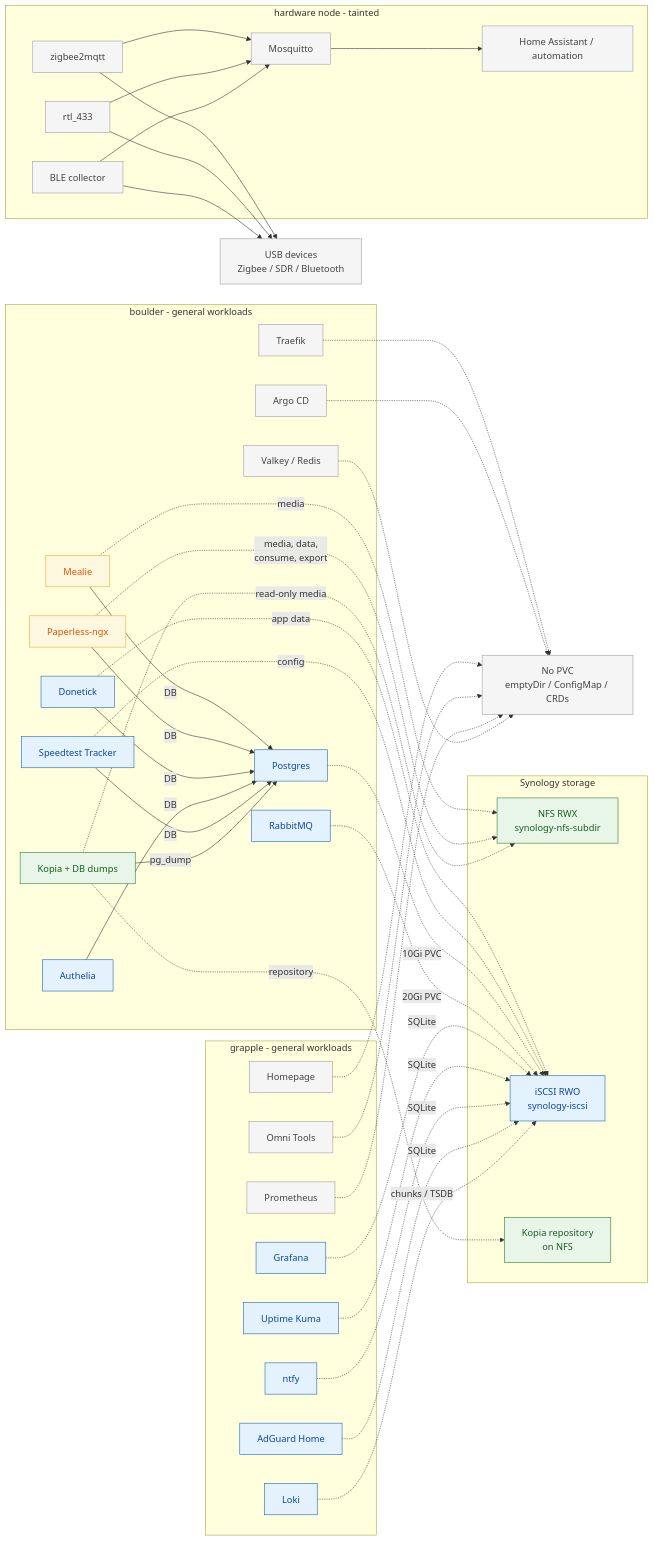
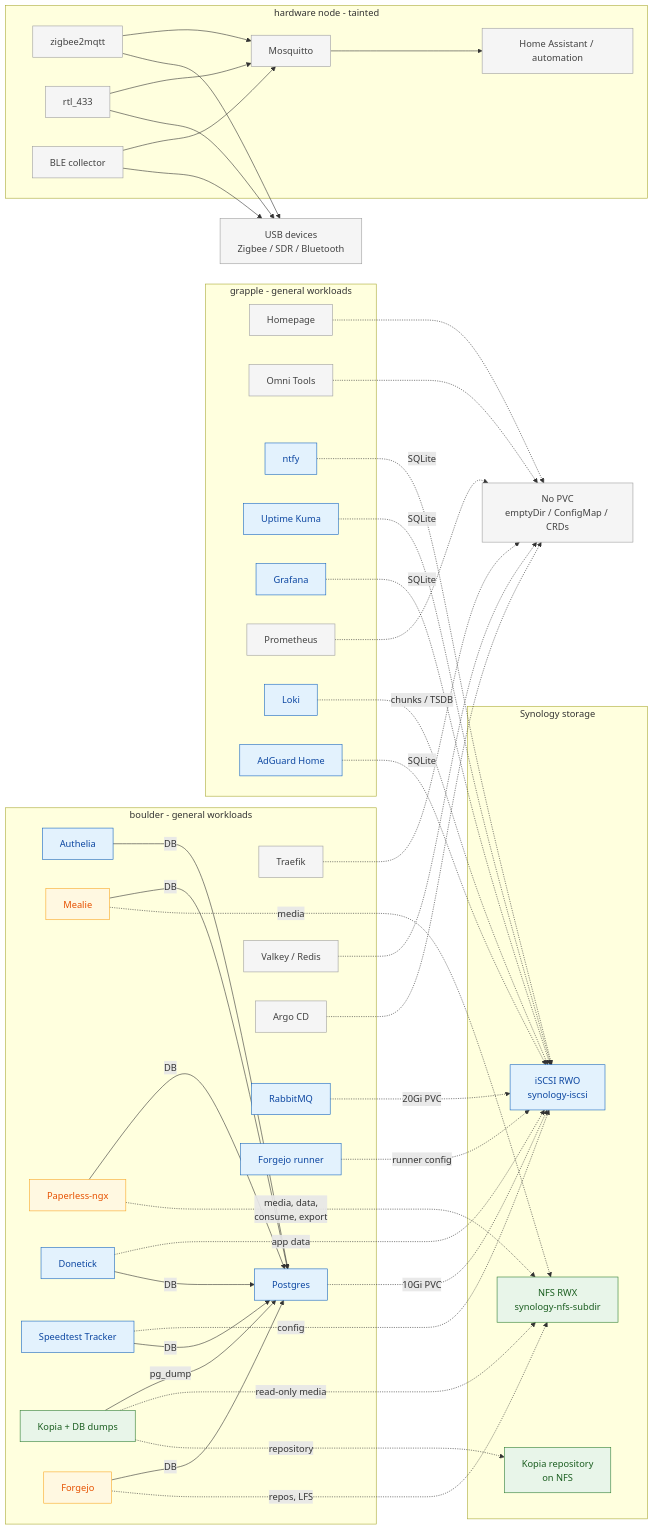
The third of 3 diagrams in ARCHITECTURE.md (kevinlacotaco/manifests), drawn with Mermaid before and after one commit. The commit also changed other lines of this file and 6 other files, not shown here.

````diff
--- a/ARCHITECTURE.md
+++ b/ARCHITECTURE.md
@@ -210,6 +210,8 @@
     ARGO["Argo CD"]
     BACKUP["Kopia + DB dumps"]
     RABBITMQ["RabbitMQ"]
+    FORGEJO["Forgejo"]
+    FORGEJO_RUNNER["Forgejo runner"]
   end
 
   subgraph GRAPPLE["grapple - general workloads"]
@@ -249,6 +251,9 @@
   AUTHELIA -->|"DB"| POSTGRES
   SPEEDTEST -->|"DB"| POSTGRES
   SPEEDTEST -.->|"config"| ISCSI
+  FORGEJO -.->|"repos, LFS"| NFS
+  FORGEJO -->|"DB"| POSTGRES
+  FORGEJO_RUNNER -.->|"runner config"| ISCSI
   POSTGRES -.->|"10Gi PVC"| ISCSI
   RABBITMQ -.->|"20Gi PVC"| ISCSI
   GRAFANA -.->|"SQLite"| ISCSI
@@ -279,8 +284,8 @@
   classDef both fill:#fff8e1,stroke:#f9a825,color:#e65100;
   classDef none fill:#f5f5f5,stroke:#9e9e9e,color:#424242;
 
-  class MEALIE,PAPERLESS both;
-  class DONETICK,AUTHELIA,SPEEDTEST,GRAFANA,KUMA,NTFY,ADGUARD,LOKI,POSTGRES,RABBITMQ,ISCSI iscsi;
+  class MEALIE,PAPERLESS,FORGEJO both;
+  class DONETICK,AUTHELIA,SPEEDTEST,GRAFANA,KUMA,NTFY,ADGUARD,LOKI,POSTGRES,RABBITMQ,ISCSI,FORGEJO_RUNNER iscsi;
   class BACKUP,NFS,KOPIA nfs;
   class TRAEFIK,ARGO,HOMEPAGE,OMNI,PROM,VALKEY,EPHEMERAL,ZIGBEE,MQTT,RTL,BLE,AUTOMATION,USB none;
 ```
````
